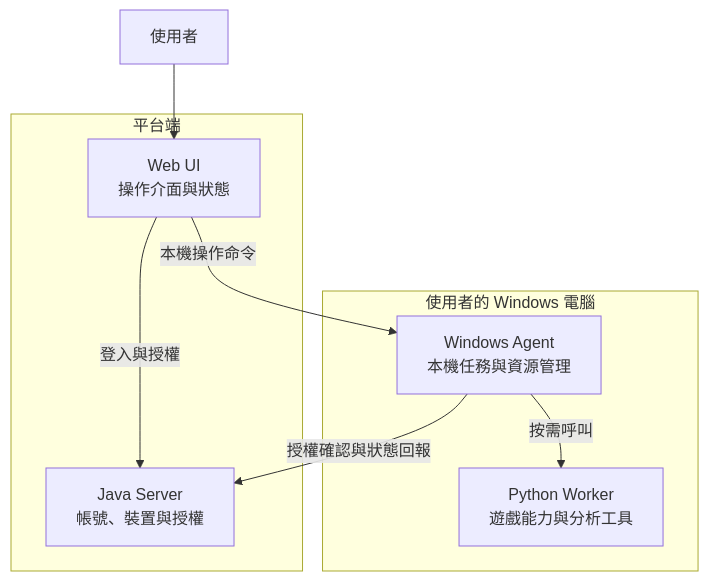
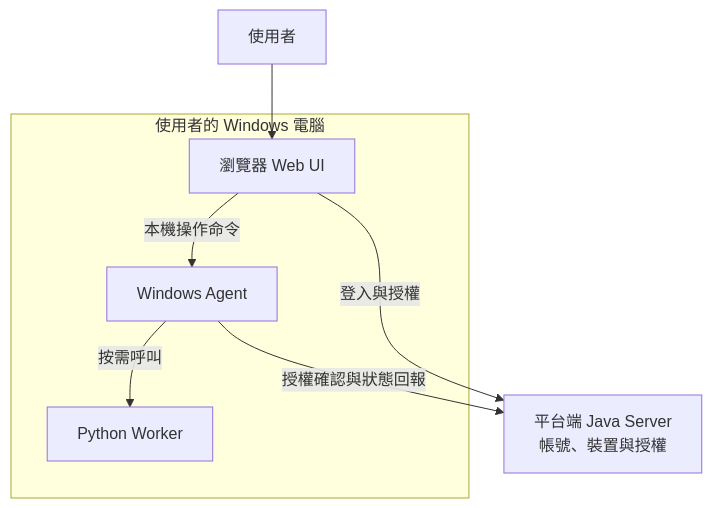
Before and after one commit to highhao/desktop-control-platform: the diagram in README.md, drawn with Mermaid. The commit also changed other lines of this file, not shown here.

Commit message:
Refine portfolio architecture and presentation

````diff
--- a/README.md
+++ b/README.md
@@ -7,16 +7,14 @@
 ```mermaid
 flowchart TB
     User[使用者] --> UI
-    subgraph Platform["平台端"]
-        UI[Web UI<br/>操作介面與狀態]
-        Server[Java Server<br/>帳號、裝置與授權]
-        UI -->|登入與授權| Server
-    end
     subgraph Client["使用者的 Windows 電腦"]
-        Agent[Windows Agent<br/>本機任務與資源管理]
-        Worker[Python Worker<br/>遊戲能力與分析工具]
+        UI[瀏覽器 Web UI]
+        Agent[Windows Agent]
+        Worker[Python Worker]
+        UI -->|本機操作命令| Agent
         Agent -->|按需呼叫| Worker
     end
-    UI -->|本機操作命令| Agent
+    Server[平台端 Java Server<br/>帳號、裝置與授權]
+    UI -->|登入與授權| Server
     Agent -->|授權確認與狀態回報| Server
 ```
````
